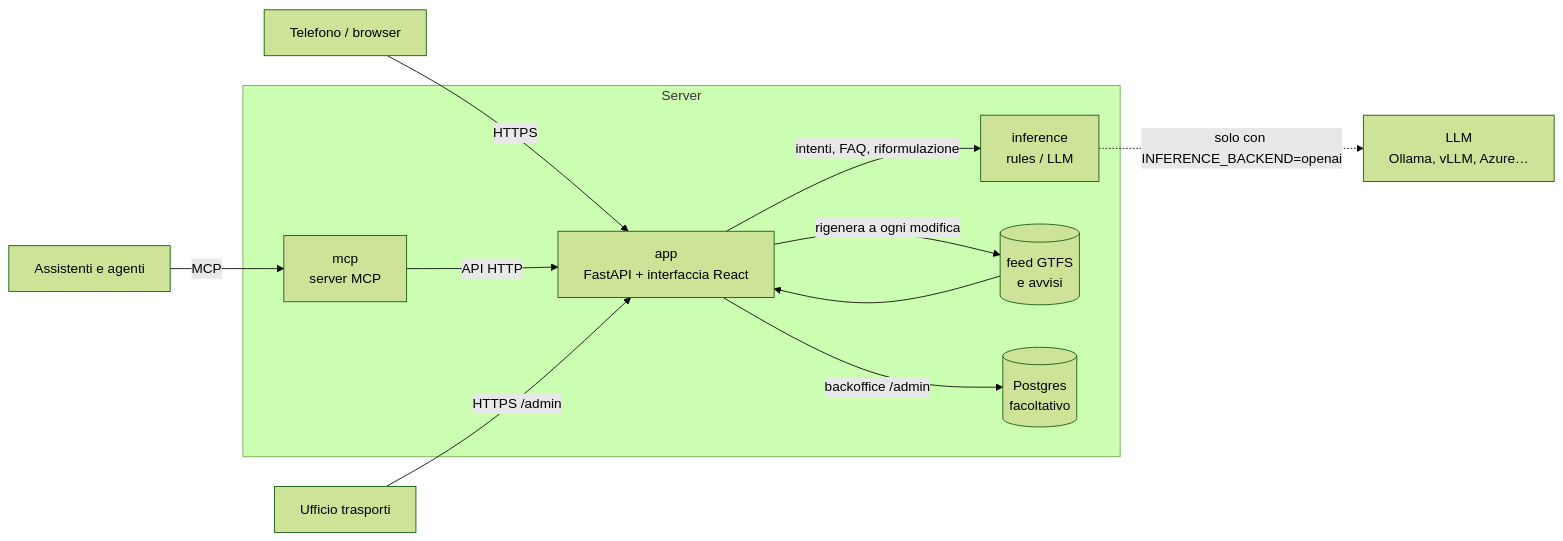
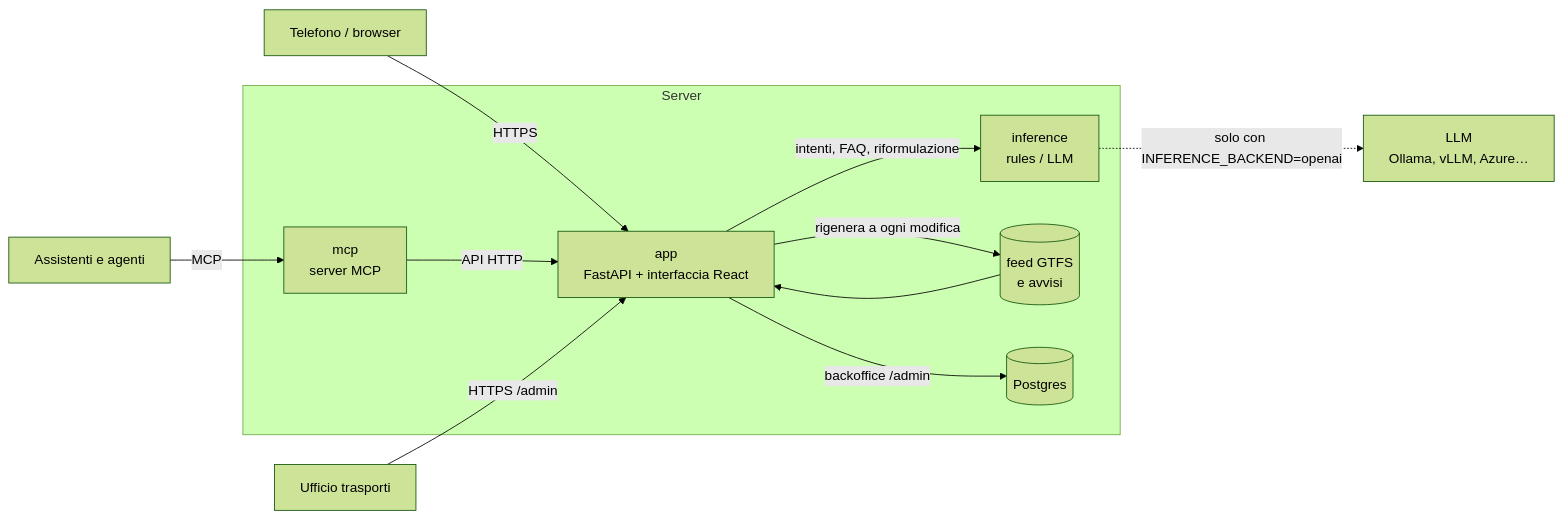
Before and after one commit to agent-engineering-studio/quandopassa: the diagram in docs/architettura.md, drawn with Mermaid (forest theme). The commit also changed other lines of this file and 23 other files, not shown here.

````diff
--- a/docs/architettura.md
+++ b/docs/architettura.md
@@ -8,14 +8,14 @@
 ```mermaid
 flowchart LR
   T[Telefono / browser] -->|HTTPS| A
   subgraph Server
     A[app<br>FastAPI + interfaccia React] -->|intenti, FAQ, riformulazione| I[inference<br>rules / LLM]
     M[mcp<br>server MCP] -->|API HTTP| A
     G[(feed GTFS<br>e avvisi)] --> A
-    A -->|backoffice /admin| D[(Postgres<br>facoltativo)]
+    A -->|backoffice /admin| D[(Postgres)]
     A -->|rigenera a ogni modifica| G
   end
   X[Assistenti e agenti] -->|MCP| M
   U[Ufficio trasporti] -->|HTTPS /admin| A
   I -.->|solo con INFERENCE_BACKEND=openai| L[LLM<br>Ollama, vLLM, Azure…]
 ```
````
